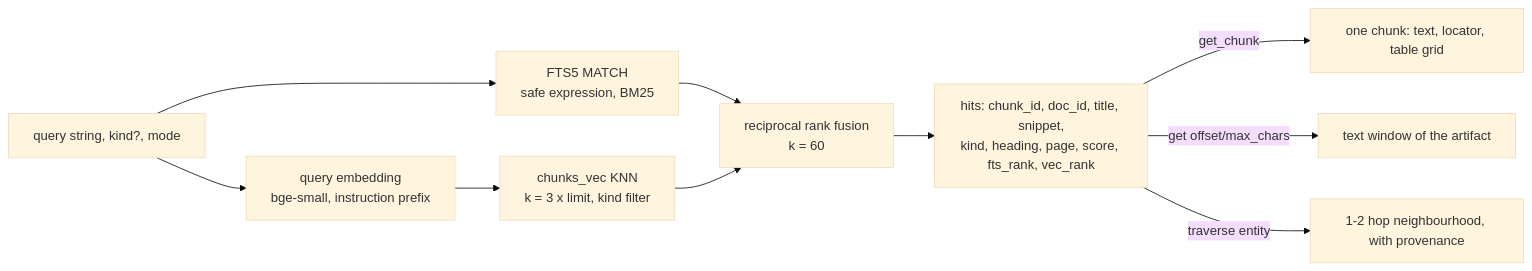
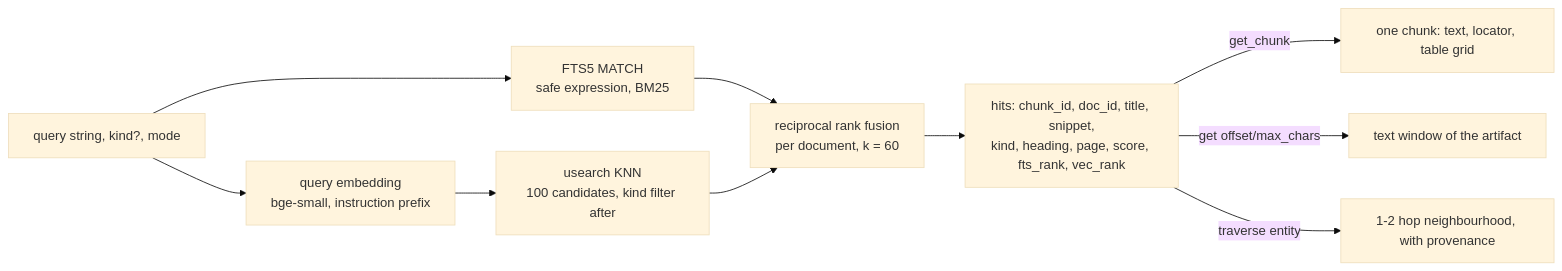
Before and after one commit to lodsb/prax: the third of 3 diagrams in docs/architecture.md, drawn with Mermaid (base theme). The commit also changed other lines of this file and 4 other files, not shown here.

First line of the commit message:
docs: vector index is a usearch file (CLAUDE.md invariant 1, R6 decision, howto, architecture, plan)

````diff
--- a/docs/architecture.md
+++ b/docs/architecture.md
@@ -118,11 +119,11 @@
 ```mermaid
 flowchart LR
   Q[query string, kind?, mode] --> FTS[FTS5 MATCH<br/>safe expression, BM25]
-  Q --> QE[query embedding<br/>bge-small, instruction prefix] --> KNN[chunks_vec KNN<br/>k = 3 x limit, kind filter]
-  FTS --> RRF[reciprocal rank fusion<br/>k = 60]
+  Q --> QE[query embedding<br/>bge-small, instruction prefix] --> KNN[usearch KNN<br/>100 candidates, kind filter after]
+  FTS --> RRF[reciprocal rank fusion<br/>per document, k = 60]
   KNN --> RRF
   RRF --> H[hits: chunk_id, doc_id, title, snippet,<br/>kind, heading, page, score, fts_rank, vec_rank]
   H -->|get_chunk| C[one chunk: text, locator, table grid]
   H -->|get offset/max_chars| T[text window of the artifact]
   H -->|traverse entity| G[1-2 hop neighbourhood, with provenance]
 ```
````
